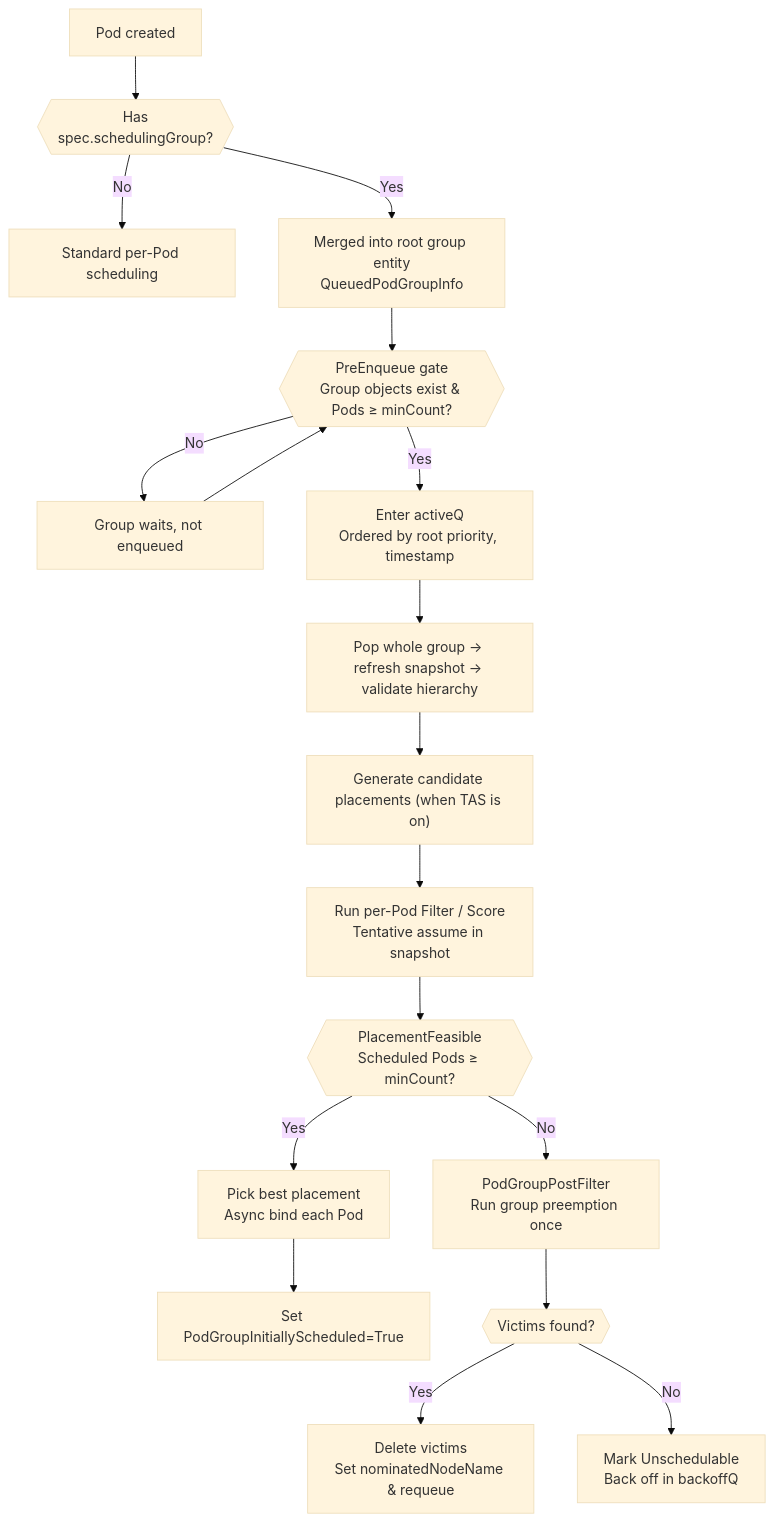
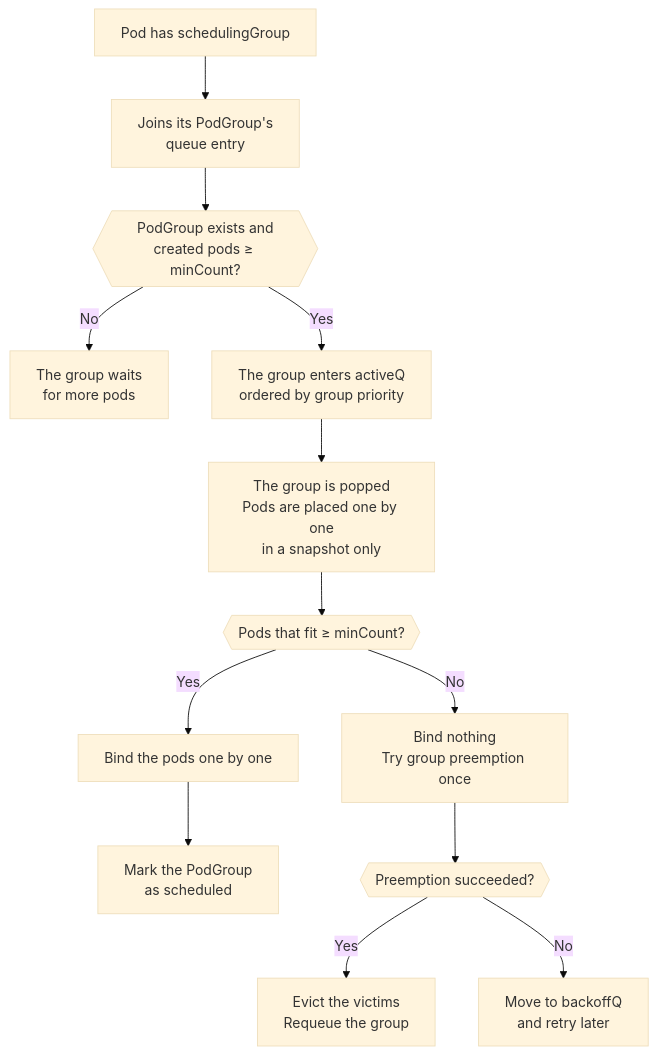
One commit to JesseStutler/volcano changed the second of 13 diagrams in docs/research/k8s-workload-aware-scheduling-vs-volcano.md. Above: the diagram before and after it, drawn with Mermaid (base theme). The commit also changed other lines of this file and 1 other file, not shown here.

First line of the commit message:
docs: rewrite the upstream PodGroup comparison for readability

````diff
--- a/docs/research/k8s-workload-aware-scheduling-vs-volcano.md
+++ b/docs/research/k8s-workload-aware-scheduling-vs-volcano.md
@@ -114,20 +149,15 @@
 ```mermaid
 flowchart TD
-    A["Pod created"] --> B{{"Has<br/>spec.schedulingGroup?"}}
-    B -- No --> C["Standard per-Pod scheduling"]
-    B -- Yes --> D["Merged into root group entity<br/>QueuedPodGroupInfo"]
-    D --> E{{"PreEnqueue gate<br/>Group objects exist & Pods ≥ minCount?"}}
-    E -- No --> F["Group waits, not enqueued"]
-    F --> E
-    E -- Yes --> G["Enter activeQ<br/>Ordered by root priority, timestamp"]
-    G --> H["Pop whole group → refresh snapshot → validate hierarchy"]
-    H --> I["Generate candidate placements (when TAS is on)"]
-    I --> J["Run per-Pod Filter / Score<br/>Tentative assume in snapshot"]
-    J --> K{{"PlacementFeasible<br/>Scheduled Pods ≥ minCount?"}}
-    K -- Yes --> L["Pick best placement<br/>Async bind each Pod"]
-    L --> M["Set PodGroupInitiallyScheduled=True"]
-    K -- No --> N["PodGroupPostFilter<br/>Run group preemption once"]
-    N --> O{{"Victims found?"}}
-    O -- Yes --> P["Delete victims<br/>Set nominatedNodeName & requeue"]
-    O -- No --> Q["Mark Unschedulable<br/>Back off in backoffQ"]
+    A["Pod has schedulingGroup"] --> B["Joins its PodGroup's<br/>queue entry"]
+    B --> C{{"PodGroup exists and<br/>created pods ≥ minCount?"}}
+    C -- No --> D["The group waits<br/>for more pods"]
+    C -- Yes --> E["The group enters activeQ<br/>ordered by group priority"]
+    E --> F["The group is popped<br/>Pods are placed one by one<br/>in a snapshot only"]
+    F --> G{{"Pods that fit ≥ minCount?"}}
+    G -- Yes --> H["Bind the pods one by one"]
+    H --> I["Mark the PodGroup<br/>as scheduled"]
+    G -- No --> J["Bind nothing<br/>Try group preemption once"]
+    J --> K{{"Preemption succeeded?"}}
+    K -- Yes --> L["Evict the victims<br/>Requeue the group"]
+    K -- No --> M["Move to backoffQ<br/>and retry later"]
 ```
````
